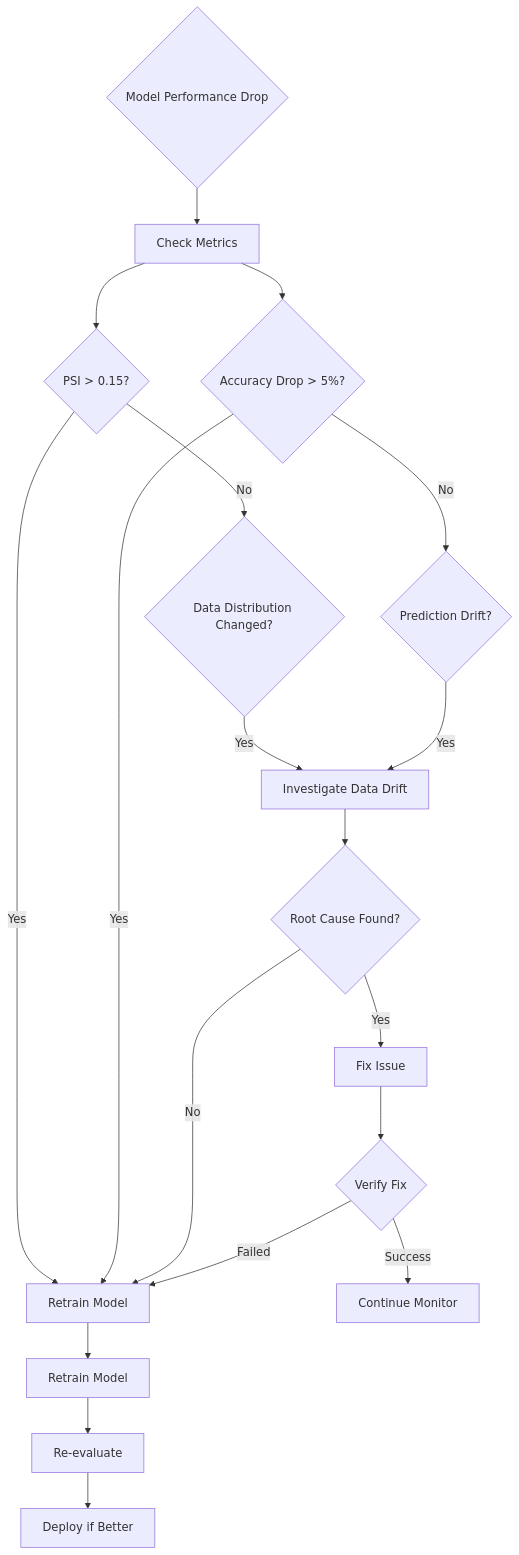
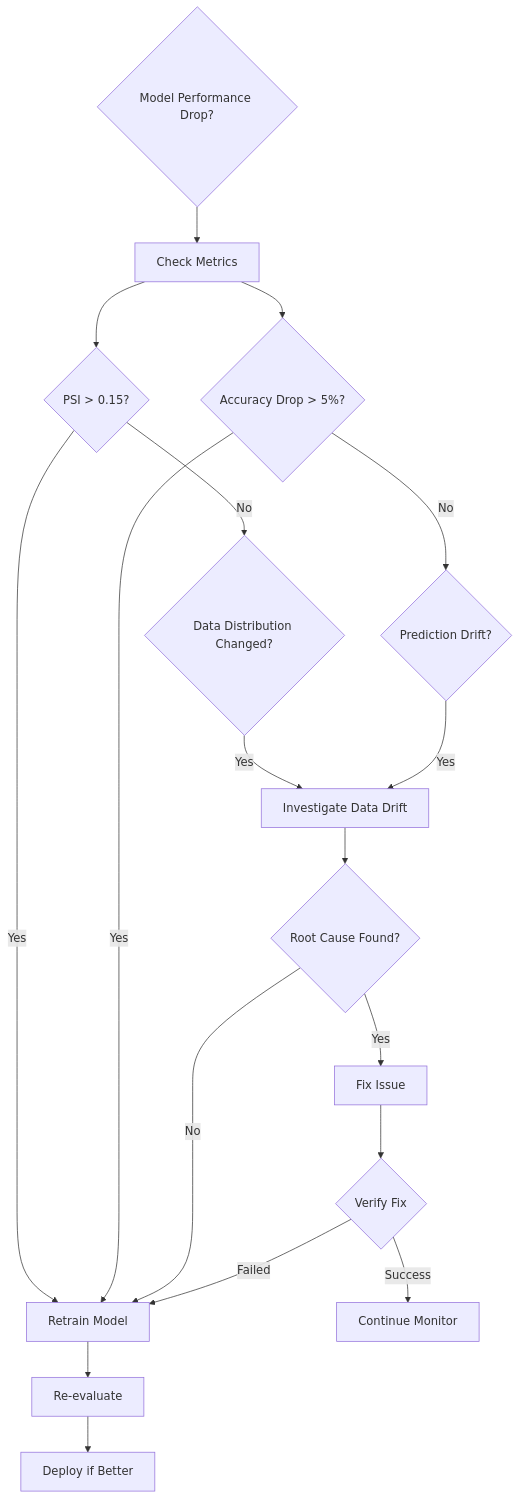
Before and after one commit to minderhq/academy: the seventh of 7 diagrams in docs/diagrams/ML-LIFECYCLE.md, drawn with Mermaid. The commit also changed other lines of this file and 1 other file, not shown here.

Commit message:
fix: repair broken mermaid diagrams (REACT-LOOP state/flow mix, ML-LIFECYCLE duplicate retrain nodes)
- REACT-LOOP.md: "Error Handling in ReAct" was headed stateDiagram-v2
  with a flowchart body ({} diamonds, bracketed inline labels,
  -->|label| pipes, [*] terminators); mermaid's state parser rejects
  all four, so the diagram never rendered. Rebuilt as a graph TD with
  the identical flow.
- ML-LIFECYCLE.md: Decision Framework collapsed two different nodes
  sharing the visible label "Retrain Model" (RETRAIN_DECISION + RETRAIN,
  5 incoming edges) into a single RETRAIN node; START diamond rephrased
  as a question; box-in-box "Model Registry" inner node renamed
  "Registered Models".
- ML-LIFECYCLE.md: last section now uses the file's --- separator
  instead of a run of blank lines (consistency with the other sections).

````diff
--- a/docs/diagrams/ML-LIFECYCLE.md
+++ b/docs/diagrams/ML-LIFECYCLE.md
@@ -246,29 +246,28 @@
 ```mermaid
 graph TD
-    START{Model Performance Drop} --> CHECK[Check Metrics]
+    START{Model Performance Drop?} --> CHECK[Check Metrics]
 
     CHECK --> PSI{PSI > 0.15?}
     CHECK --> ACC{Accuracy Drop > 5%?}
 
-    PSI -->|Yes| RETRAIN_DECISION[Retrain Model]
-    ACC -->|Yes| RETRAIN_DECISION
+    PSI -->|Yes| RETRAIN[Retrain Model]
+    ACC -->|Yes| RETRAIN
 
     PSI -->|No| DATA{Data Distribution Changed?}
     ACC -->|No| PRED{Prediction Drift?}
 
     DATA -->|Yes| INVESTIGATE[Investigate Data Drift]
     PRED -->|Yes| INVESTIGATE
 
     INVESTIGATE --> ROOT{Root Cause Found?}
 
     ROOT -->|Yes| FIX[Fix Issue]
-    ROOT -->|No| RETRAIN_DECISION
+    ROOT -->|No| RETRAIN
 
     FIX --> VERIFY{Verify Fix}
     VERIFY -->|Success| CONTINUE[Continue Monitor]
-    VERIFY -->|Failed| RETRAIN_DECISION
+    VERIFY -->|Failed| RETRAIN
 
-    RETRAIN_DECISION --> RETRAIN[Retrain Model]
     RETRAIN --> EVALUATE[Re-evaluate]
     EVALUATE --> DEPLOY[Deploy if Better]
 ```
````
